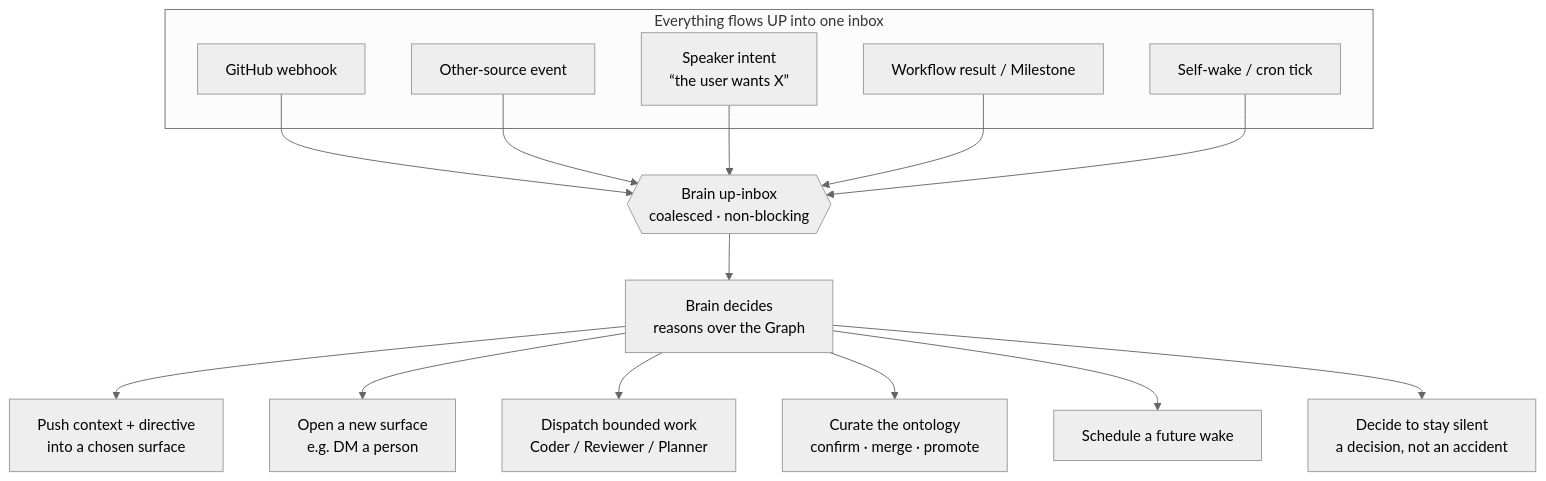
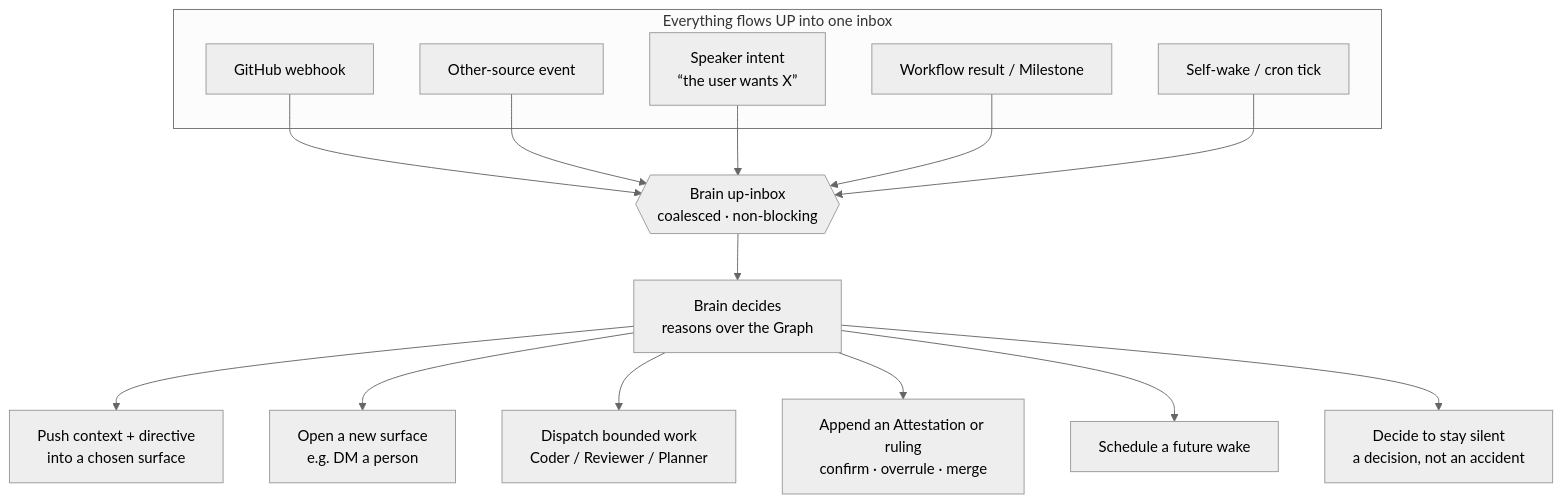
One commit to AaronAbuUsama/whatsappd-github-agent changed the second of 5 diagrams in docs/SYSTEM-ARCHITECTURE.md. Above: the diagram before and after it, drawn with Mermaid (neutral theme). The commit also changed other lines of this file and 8 other files, not shown here.

First line of the commit message:
docs: reconcile coworker architecture decisions (#290)

````diff
--- a/docs/SYSTEM-ARCHITECTURE.md
+++ b/docs/SYSTEM-ARCHITECTURE.md
@@ -231,21 +236,21 @@
 ```mermaid
 flowchart TB
   subgraph up[Everything flows UP into one inbox]
     E1[GitHub webhook]
     E2[Other-source event]
     E3[Speaker intent<br/>“the user wants X”]
     E4[Workflow result / Milestone]
     E5[Self-wake / cron tick]
   end
 
   E1 & E2 & E3 & E4 & E5 --> INBOX{{Brain up-inbox<br/>coalesced · non-blocking}}
 
   INBOX --> DECIDE[Brain decides<br/>reasons over the Graph]
 
   DECIDE --> D1[Push context + directive<br/>into a chosen surface]
   DECIDE --> D2[Open a new surface<br/>e.g. DM a person]
   DECIDE --> D3[Dispatch bounded work<br/>Coder / Reviewer / Planner]
-  DECIDE --> D4[Curate the ontology<br/>confirm · merge · promote]
+  DECIDE --> D4[Append an Attestation or ruling<br/>confirm · overrule · merge]
   DECIDE --> D5[Schedule a future wake]
   DECIDE --> D6[Decide to stay silent<br/>a decision, not an accident]
 ```
````
